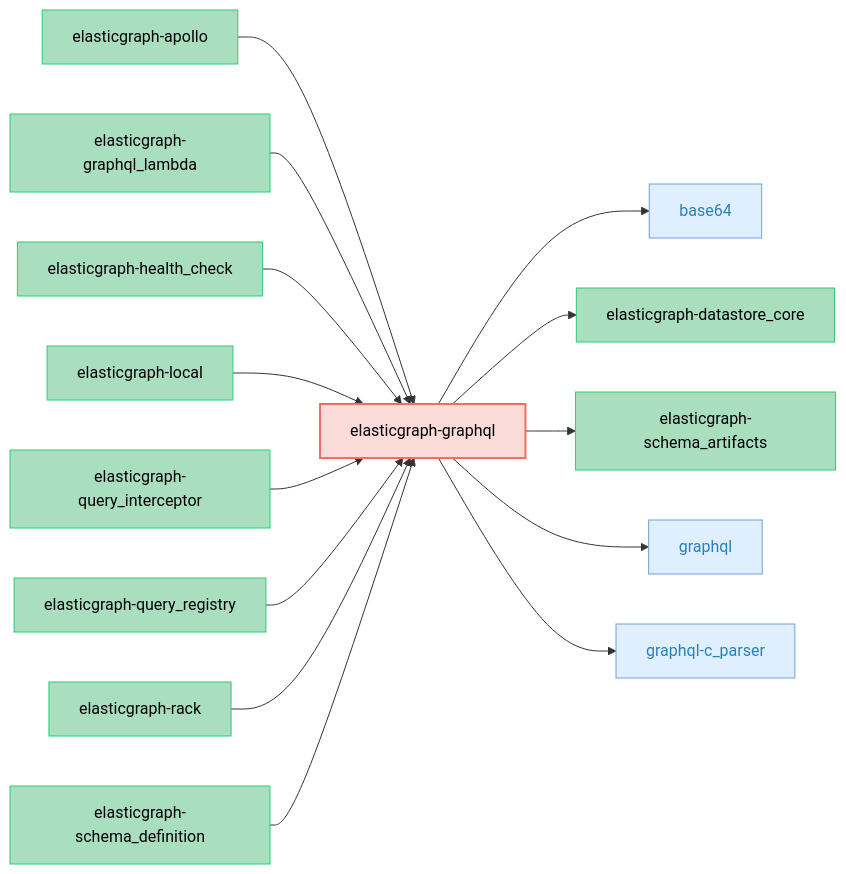
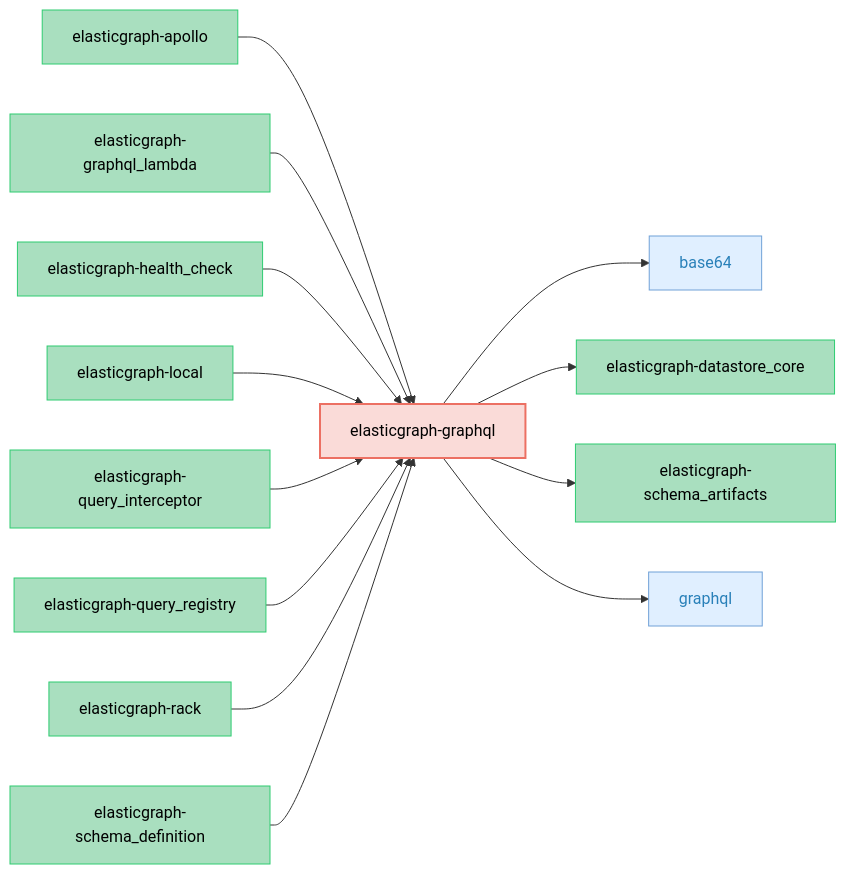
Before and after one commit to block/elasticgraph: the diagram in elasticgraph-graphql/README.md, drawn with Mermaid. The commit also changed 18 other files, not shown here.

Commit message:
Make graphql-c_parser optional with warning when unavailable

````diff
--- a/elasticgraph-graphql/README.md
+++ b/elasticgraph-graphql/README.md
@@ -7,50 +7,46 @@
 ```mermaid
 graph LR;
     classDef targetGemStyle fill:#FADBD8,stroke:#EC7063,color:#000,stroke-width:2px;
     classDef otherEgGemStyle fill:#A9DFBF,stroke:#2ECC71,color:#000;
     classDef externalGemStyle fill:#E0EFFF,stroke:#70A1D7,color:#2980B9;
     elasticgraph-graphql["elasticgraph-graphql"];
     class elasticgraph-graphql targetGemStyle;
     base64["base64"];
     elasticgraph-graphql --> base64;
     class base64 externalGemStyle;
     elasticgraph-datastore_core["elasticgraph-datastore_core"];
     elasticgraph-graphql --> elasticgraph-datastore_core;
     class elasticgraph-datastore_core otherEgGemStyle;
     elasticgraph-schema_artifacts["elasticgraph-schema_artifacts"];
     elasticgraph-graphql --> elasticgraph-schema_artifacts;
     class elasticgraph-schema_artifacts otherEgGemStyle;
     graphql["graphql"];
     elasticgraph-graphql --> graphql;
     class graphql externalGemStyle;
-    graphql-c_parser["graphql-c_parser"];
-    elasticgraph-graphql --> graphql-c_parser;
-    class graphql-c_parser externalGemStyle;
     elasticgraph-apollo["elasticgraph-apollo"];
     elasticgraph-apollo --> elasticgraph-graphql;
     class elasticgraph-apollo otherEgGemStyle;
     elasticgraph-graphql_lambda["elasticgraph-graphql_lambda"];
     elasticgraph-graphql_lambda --> elasticgraph-graphql;
     class elasticgraph-graphql_lambda otherEgGemStyle;
     elasticgraph-health_check["elasticgraph-health_check"];
     elasticgraph-health_check --> elasticgraph-graphql;
     class elasticgraph-health_check otherEgGemStyle;
     elasticgraph-local["elasticgraph-local"];
     elasticgraph-local --> elasticgraph-graphql;
     class elasticgraph-local otherEgGemStyle;
     elasticgraph-query_interceptor["elasticgraph-query_interceptor"];
     elasticgraph-query_interceptor --> elasticgraph-graphql;
     class elasticgraph-query_interceptor otherEgGemStyle;
     elasticgraph-query_registry["elasticgraph-query_registry"];
     elasticgraph-query_registry --> elasticgraph-graphql;
     class elasticgraph-query_registry otherEgGemStyle;
     elasticgraph-rack["elasticgraph-rack"];
     elasticgraph-rack --> elasticgraph-graphql;
     class elasticgraph-rack otherEgGemStyle;
     elasticgraph-schema_definition["elasticgraph-schema_definition"];
     elasticgraph-schema_definition --> elasticgraph-graphql;
     class elasticgraph-schema_definition otherEgGemStyle;
     click base64 href "https://rubygems.org/gems/base64" "Open on RubyGems.org" _blank;
     click graphql href "https://rubygems.org/gems/graphql" "Open on RubyGems.org" _blank;
-    click graphql-c_parser href "https://rubygems.org/gems/graphql-c_parser" "Open on RubyGems.org" _blank;
 ```
````
